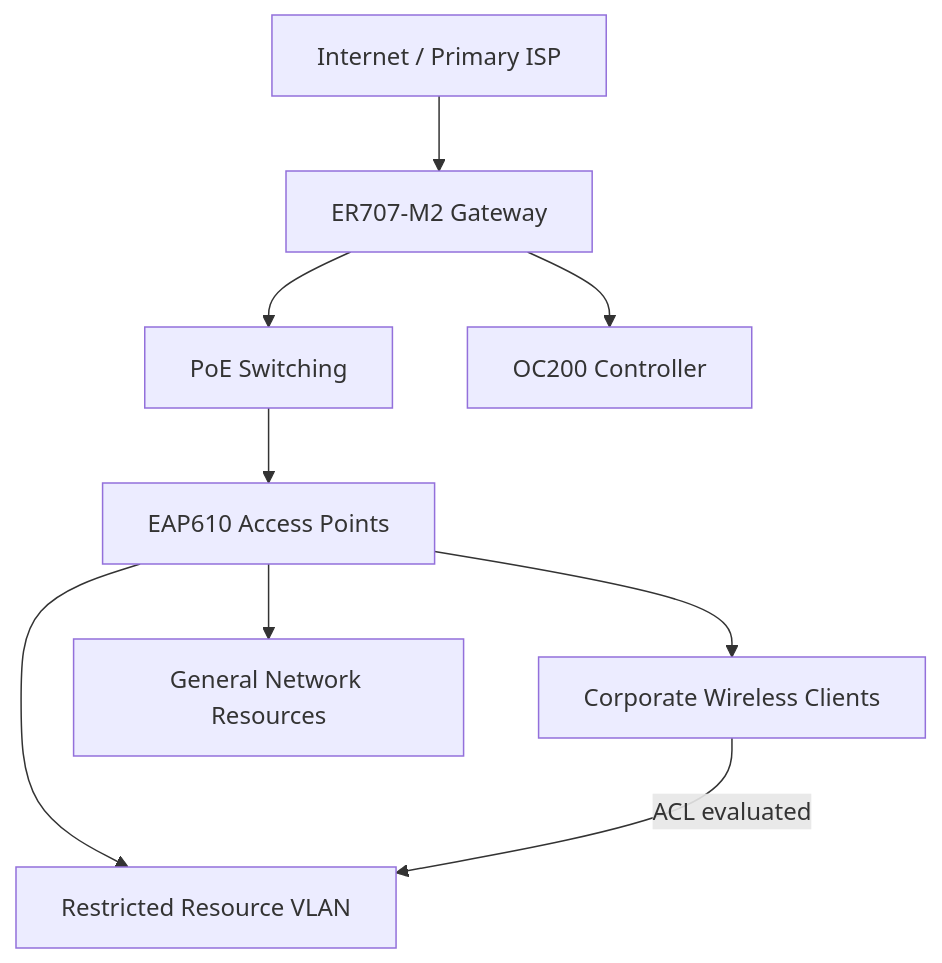
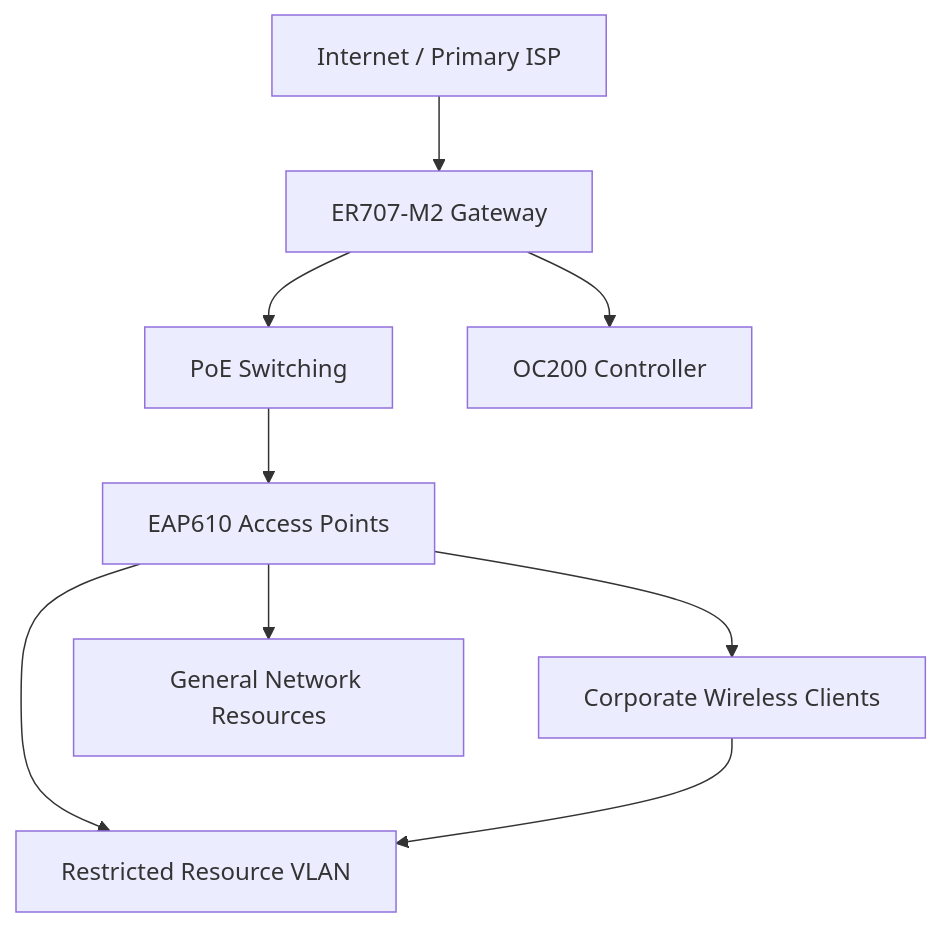
Before and after one commit to enzomigflores/corporate-network-infrastructure: the first of 2 diagrams in README.md, drawn with Mermaid. The commit also changed other lines of this file, not shown here.

Commit message:
Fix network diagram rendering

````diff
--- a/README.md
+++ b/README.md
@@ -34,11 +34,11 @@
 ```mermaid
-flowchart TD
-    ISP[Internet / Primary ISP] --> GW[ER707-M2 Gateway]
-    GW --> SW[PoE Switching]
-    GW --> CTRL[OC200 Controller]
-    SW --> AP[EAP610 Access Points]
-    AP --> USERS[Corporate Wireless Clients]
-    AP --> GENERAL[General Network Resources]
-    AP --> RESTRICTED[Restricted Resource VLAN]
-    USERS -->|ACL evaluated| RESTRICTED
+graph TD
+    ISP["Internet / Primary ISP"] --> GW["ER707-M2 Gateway"]
+    GW --> SW["PoE Switching"]
+    GW --> CTRL["OC200 Controller"]
+    SW --> AP["EAP610 Access Points"]
+    AP --> USERS["Corporate Wireless Clients"]
+    AP --> GENERAL["General Network Resources"]
+    AP --> RESTRICTED["Restricted Resource VLAN"]
+    USERS --> RESTRICTED
 ```
````
